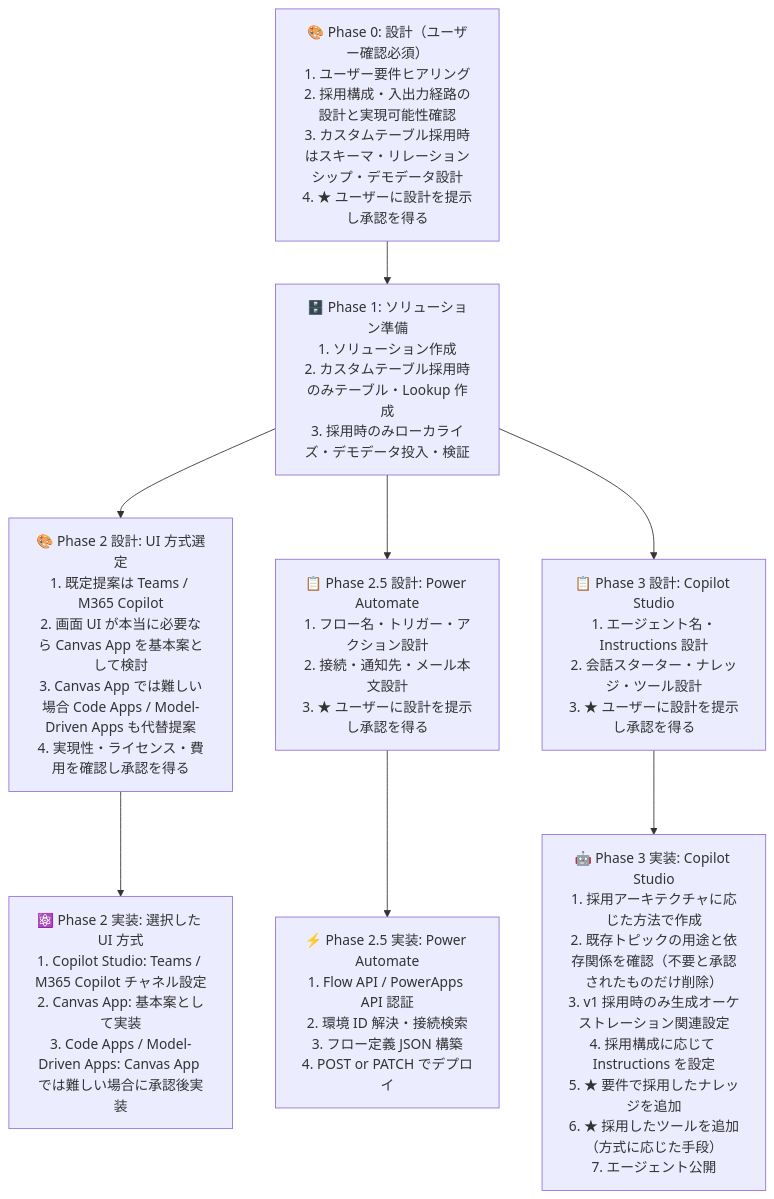
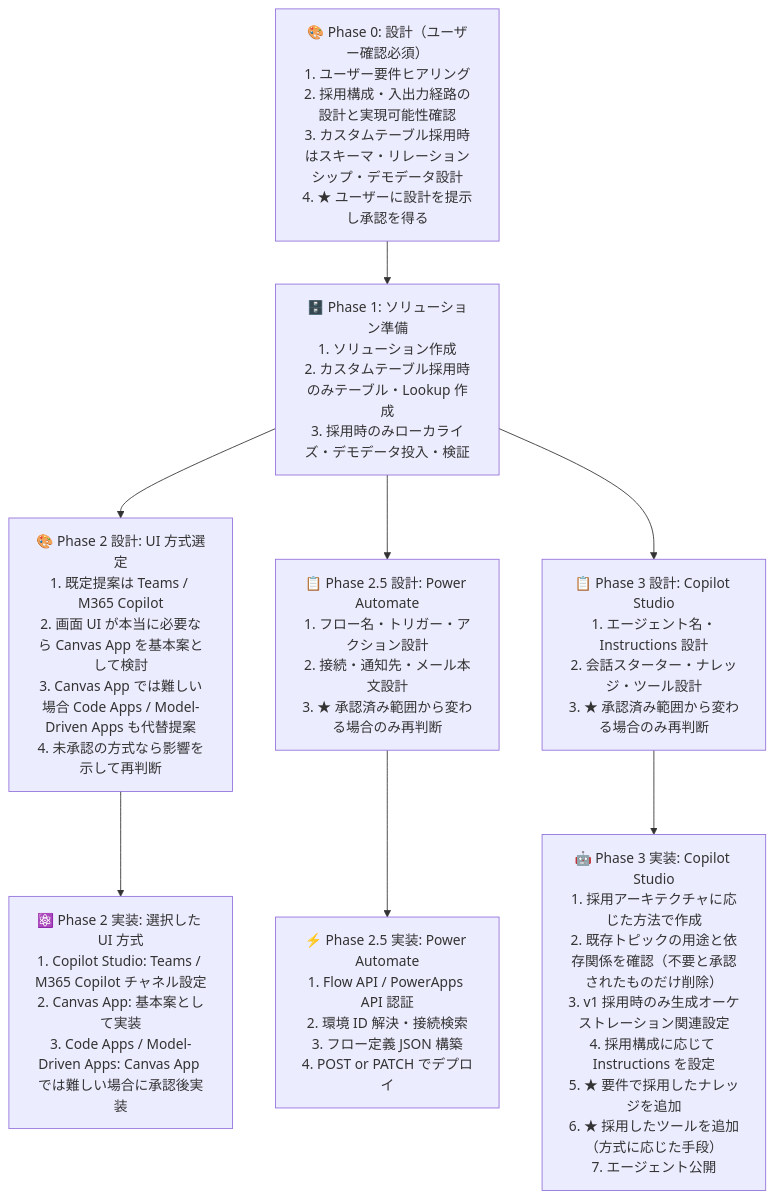
Before and after one commit to avenir-japan/Master_CodeAppsDevelopmentStandard: the diagram in .github/skills/standard/references/power-platform-development-standard.md, drawn with Mermaid. The commit also changed other lines of this file and 21 other files, not shown here.

````diff
--- a/.github/skills/standard/references/power-platform-development-standard.md
+++ b/.github/skills/standard/references/power-platform-development-standard.md
@@ -1528,23 +1528,23 @@
 ```mermaid
 flowchart TD
     P0["🎨 Phase 0: 設計（ユーザー確認必須）\n1. ユーザー要件ヒアリング\n2. 採用構成・入出力経路の設計と実現可能性確認\n3. カスタムテーブル採用時はスキーマ・リレーションシップ・デモデータ設計\n4. ★ ユーザーに設計を提示し承認を得る"]
 
     P1["🗄️ Phase 1: ソリューション準備\n1. ソリューション作成\n2. カスタムテーブル採用時のみテーブル・Lookup 作成\n3. 採用時のみローカライズ・デモデータ投入・検証"]
 
-    P2D["🎨 Phase 2 設計: UI 方式選定\n1. 既定提案は Teams / M365 Copilot\n2. 画面 UI が本当に必要なら Canvas App を基本案として検討\n3. Canvas App では難しい場合 Code Apps / Model-Driven Apps も代替提案\n4. 実現性・ライセンス・費用を確認し承認を得る"]
+    P2D["🎨 Phase 2 設計: UI 方式選定\n1. 既定提案は Teams / M365 Copilot\n2. 画面 UI が本当に必要なら Canvas App を基本案として検討\n3. Canvas App では難しい場合 Code Apps / Model-Driven Apps も代替提案\n4. 未承認の方式なら影響を示して再判断"]
 
     P2["⚛️ Phase 2 実装: 選択した UI 方式\n1. Copilot Studio: Teams / M365 Copilot チャネル設定\n2. Canvas App: 基本案として実装\n3. Code Apps / Model-Driven Apps: Canvas App では難しい場合に承認後実装"]
 
-    P25D["📋 Phase 2.5 設計: Power Automate\n1. フロー名・トリガー・アクション設計\n2. 接続・通知先・メール本文設計\n3. ★ ユーザーに設計を提示し承認を得る"]
+    P25D["📋 Phase 2.5 設計: Power Automate\n1. フロー名・トリガー・アクション設計\n2. 接続・通知先・メール本文設計\n3. ★ 承認済み範囲から変わる場合のみ再判断"]
 
     P25["⚡ Phase 2.5 実装: Power Automate\n1. Flow API / PowerApps API 認証\n2. 環境 ID 解決・接続検索\n3. フロー定義 JSON 構築\n4. POST or PATCH でデプロイ"]
 
-    P3D["📋 Phase 3 設計: Copilot Studio\n1. エージェント名・Instructions 設計\n2. 会話スターター・ナレッジ・ツール設計\n3. ★ ユーザーに設計を提示し承認を得る"]
+    P3D["📋 Phase 3 設計: Copilot Studio\n1. エージェント名・Instructions 設計\n2. 会話スターター・ナレッジ・ツール設計\n3. ★ 承認済み範囲から変わる場合のみ再判断"]
 
     P3["🤖 Phase 3 実装: Copilot Studio\n1. 採用アーキテクチャに応じた方法で作成\n2. 既存トピックの用途と依存関係を確認（不要と承認されたものだけ削除）\n3. v1 採用時のみ生成オーケストレーション関連設定\n4. 採用構成に応じて Instructions を設定\n5. ★ 要件で採用したナレッジを追加\n6. ★ 採用したツールを追加（方式に応じた手段）\n7. エージェント公開"]
 
     P0 --> P1
     P1 --> P2D --> P2
     P1 --> P25D --> P25
     P1 --> P3D --> P3
 ```
````
